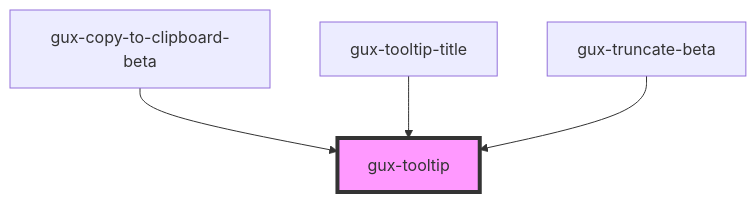
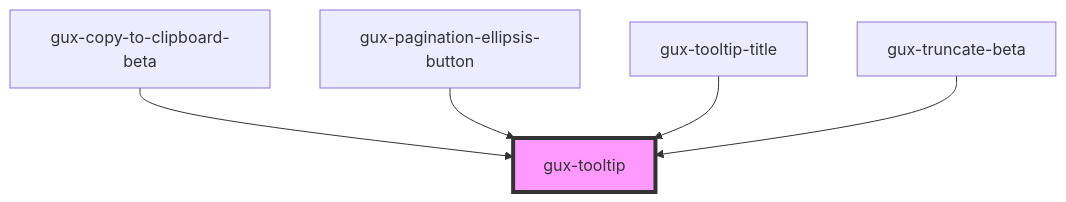
One commit to MyPureCloud/genesys-spark changed the diagram in packages/genesys-spark-components/src/components/stable/gux-tooltip/readme.md. Above: the diagram before and after it, drawn with Mermaid. The commit also changed other lines of this file and 17 other files, not shown here.

````diff
--- a/packages/genesys-spark-components/src/components/stable/gux-tooltip/readme.md
+++ b/packages/genesys-spark-components/src/components/stable/gux-tooltip/readme.md
@@ -73,7 +74,8 @@
 ```mermaid
 graph TD;
   gux-copy-to-clipboard-beta --> gux-tooltip
+  gux-pagination-ellipsis-button --> gux-tooltip
   gux-tooltip-title --> gux-tooltip
   gux-truncate-beta --> gux-tooltip
   style gux-tooltip fill:#f9f,stroke:#333,stroke-width:4px
 ```
````
